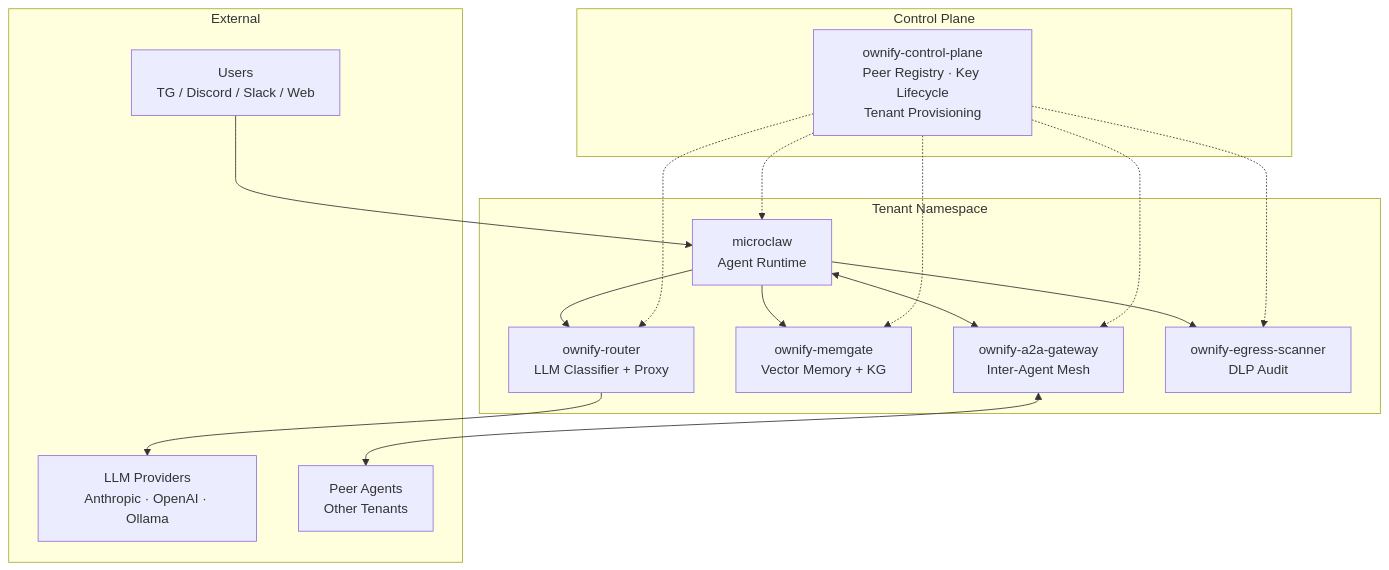
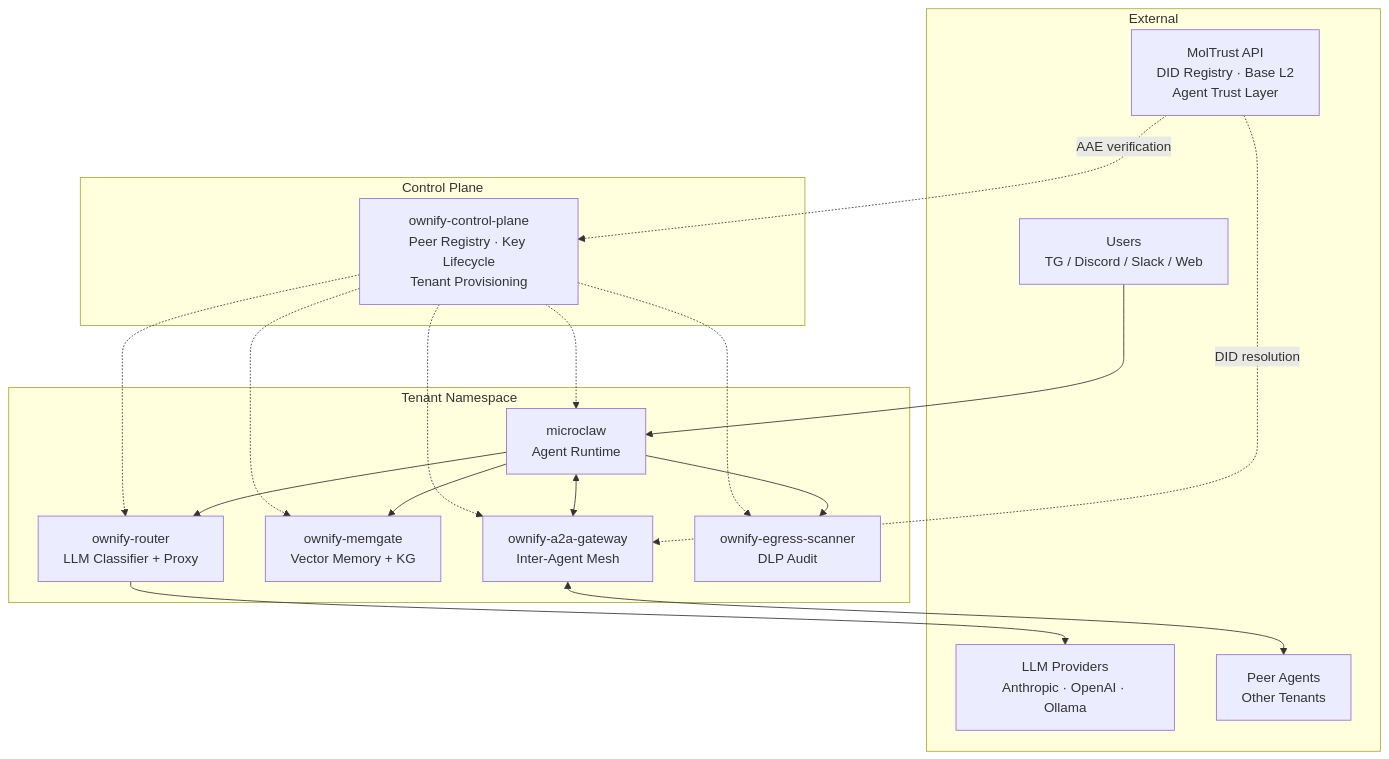
Before and after one commit to HaraldeRoessler/ownify-microclaw: the first of 2 diagrams in README.md, drawn with Mermaid. The commit also changed other lines of this file, not shown here.

Commit message:
docs: add MolTrust trust infrastructure and related repositories sections

````diff
--- a/README.md
+++ b/README.md
@@ -22,29 +23,33 @@
 ```mermaid
 graph TB
     subgraph "Tenant Namespace"
         MC["microclaw<br/>Agent Runtime"]
         R["ownify-router<br/>LLM Classifier + Proxy"]
         M["ownify-memgate<br/>Vector Memory + KG"]
         G["ownify-a2a-gateway<br/>Inter-Agent Mesh"]
         S["ownify-egress-scanner<br/>DLP Audit"]
     end
 
     subgraph "Control Plane"
         CP["ownify-control-plane<br/>Peer Registry · Key Lifecycle<br/>Tenant Provisioning"]
     end
 
     subgraph "External"
         USR["Users<br/>TG / Discord / Slack / Web"]
         LLM["LLM Providers<br/>Anthropic · OpenAI · Ollama"]
+        MT["MolTrust API<br/>DID Registry · Base L2<br/>Agent Trust Layer"]
         PEER["Peer Agents<br/>Other Tenants"]
     end
+
+    MT -.-> |DID resolution| G
+    MT -.-> |AAE verification| CP
 
     USR --> MC
     MC --> R
     R --> LLM
     MC --> M
     MC --> S
     MC <--> G
     G <--> PEER
     CP -.-> MC & R & M & G & S
 ```
````
